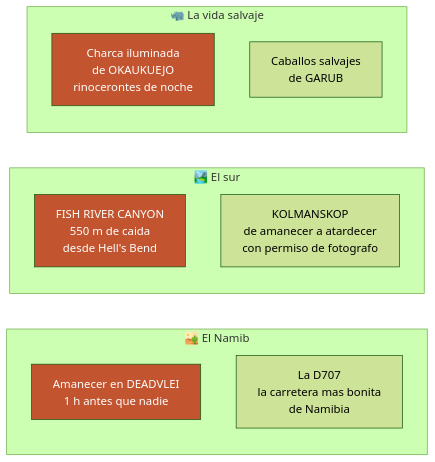
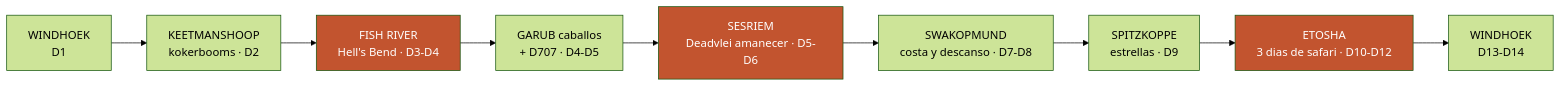
The first of 5 diagrams in README.md (morandeirachema/namibia), drawn with Mermaid (forest theme) before and after one commit. The commit also changed other lines of this file and 1 other file, not shown here.

First line of the commit message:
Fijar la ventana 1-15 de noviembre y crear la Variante D con Sossusvlei y Etosha

````diff
--- a/README.md
+++ b/README.md
@@ -24,18 +27,14 @@
 ```mermaid
 flowchart LR
-    subgraph DESIERTO["🏜️ El Namib"]
-        M1["Amanecer en DEADVLEI<br/>1 h antes que nadie"]
-        M2["La D707<br/>la carretera mas bonita<br/>de Namibia"]
-    end
-    subgraph SUR["🏞️ El sur"]
-        M3["FISH RIVER CANYON<br/>550 m de caida<br/>desde Hell's Bend"]
-        M4["KOLMANSKOP<br/>de amanecer a atardecer<br/>con permiso de fotografo"]
-    end
-    subgraph VIDA["🦏 La vida salvaje"]
-        M5["Charca iluminada<br/>de OKAUKUEJO<br/>rinocerontes de noche"]
-        M6["Caballos salvajes<br/>de GARUB"]
-    end
-    style M1 fill:#C2542F,color:#fff
-    style M3 fill:#C2542F,color:#fff
-    style M5 fill:#C2542F,color:#fff
+    W["WINDHOEK<br/>D1"] --> K["KEETMANSHOOP<br/>kokerbooms · D2"]
+    K --> F["FISH RIVER<br/>Hell's Bend · D3-D4"]
+    F --> G["GARUB caballos<br/>+ D707 · D4-D5"]
+    G --> S["SESRIEM<br/>Deadvlei amanecer · D5-D6"]
+    S --> C["SWAKOPMUND<br/>costa y descanso · D7-D8"]
+    C --> P["SPITZKOPPE<br/>estrellas · D9"]
+    P --> E["ETOSHA<br/>3 dias de safari · D10-D12"]
+    E --> W2["WINDHOEK<br/>D13-D14"]
+    style S fill:#C2542F,color:#fff
+    style E fill:#C2542F,color:#fff
+    style F fill:#C2542F,color:#fff
 ```
````
